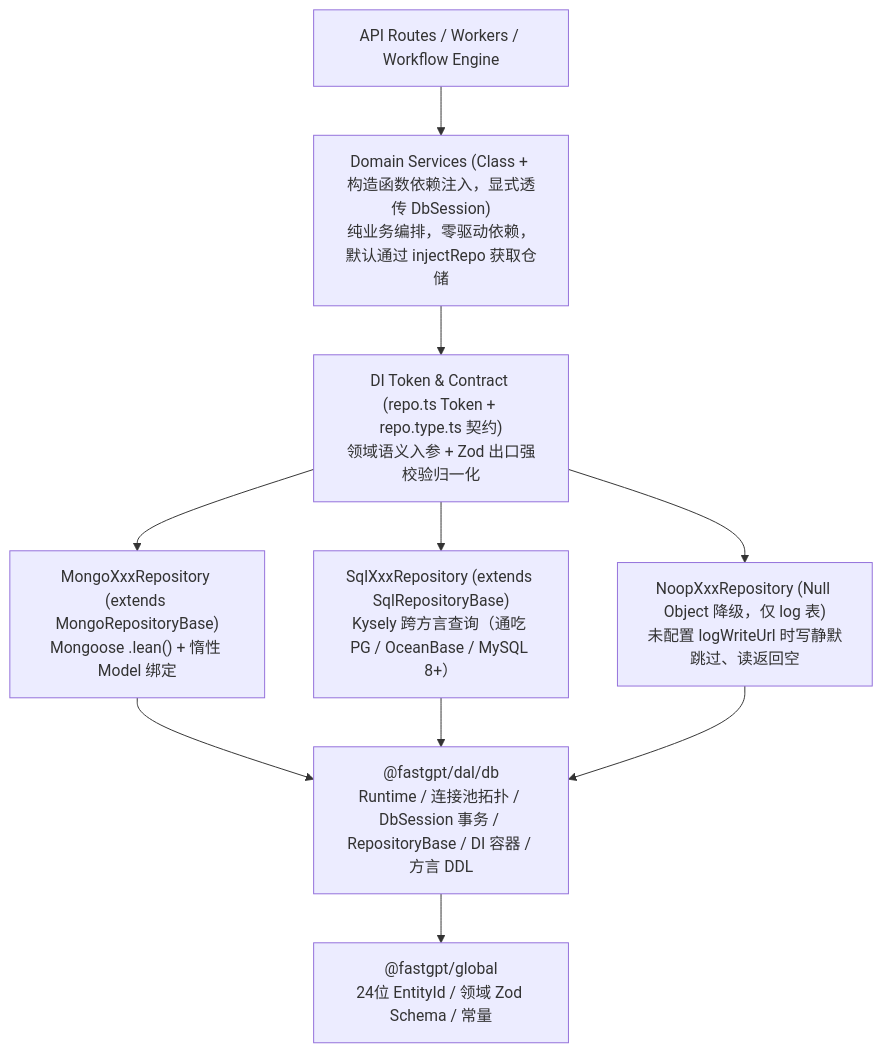
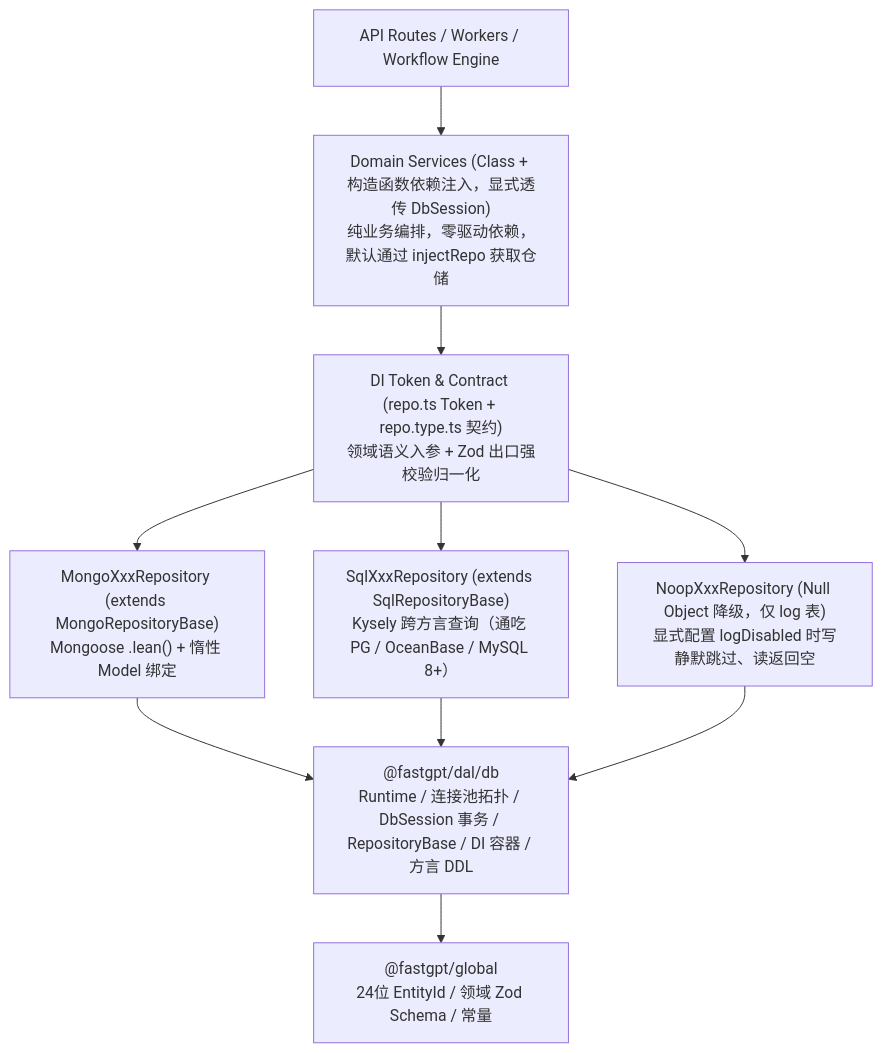
Before and after one commit to labring/FastGPT: the diagram in .agents/design/common/dal/multi-db-repository-architecture.md, drawn with Mermaid. The commit also changed other lines of this file and 8 other files, not shown here.

Commit message:
fix(skills): fix schema getter scope & git-ref constant resolution and update multi-db architecture/skill

````diff
--- a/.agents/design/common/dal/multi-db-repository-architecture.md
+++ b/.agents/design/common/dal/multi-db-repository-architecture.md
@@ -47,12 +50,12 @@
 ```mermaid
 flowchart TD
   API["API Routes / Workers / Workflow Engine"] --> SVC["Domain Services (Class + 构造函数依赖注入，显式透传 DbSession)<br/>纯业务编排，零驱动依赖，默认通过 injectRepo 获取仓储"]
   SVC --> REPO["DI Token & Contract (repo.ts Token + repo.type.ts 契约)<br/>领域语义入参 + Zod 出口强校验归一化"]
   REPO --> MONGO_IMPL["MongoXxxRepository (extends MongoRepositoryBase)<br/>Mongoose .lean() + 惰性 Model 绑定"]
   REPO --> SQL_IMPL["SqlXxxRepository (extends SqlRepositoryBase)<br/>Kysely 跨方言查询（通吃 PG / OceanBase / MySQL 8+）"]
-  REPO --> NOOP_IMPL["NoopXxxRepository (Null Object 降级，仅 log 表)<br/>未配置 logWriteUrl 时写静默跳过、读返回空"]
+  REPO --> NOOP_IMPL["NoopXxxRepository (Null Object 降级，仅 log 表)<br/>显式配置 logDisabled 时写静默跳过、读返回空"]
   MONGO_IMPL --> DAL_DB["@fastgpt/dal/db<br/>Runtime / 连接池拓扑 / DbSession 事务 / RepositoryBase / DI 容器 / 方言 DDL"]
   SQL_IMPL --> DAL_DB
   NOOP_IMPL --> DAL_DB
   DAL_DB --> GLOBAL["@fastgpt/global<br/>24位 EntityId / 领域 Zod Schema / 常量"]
 ```
````
